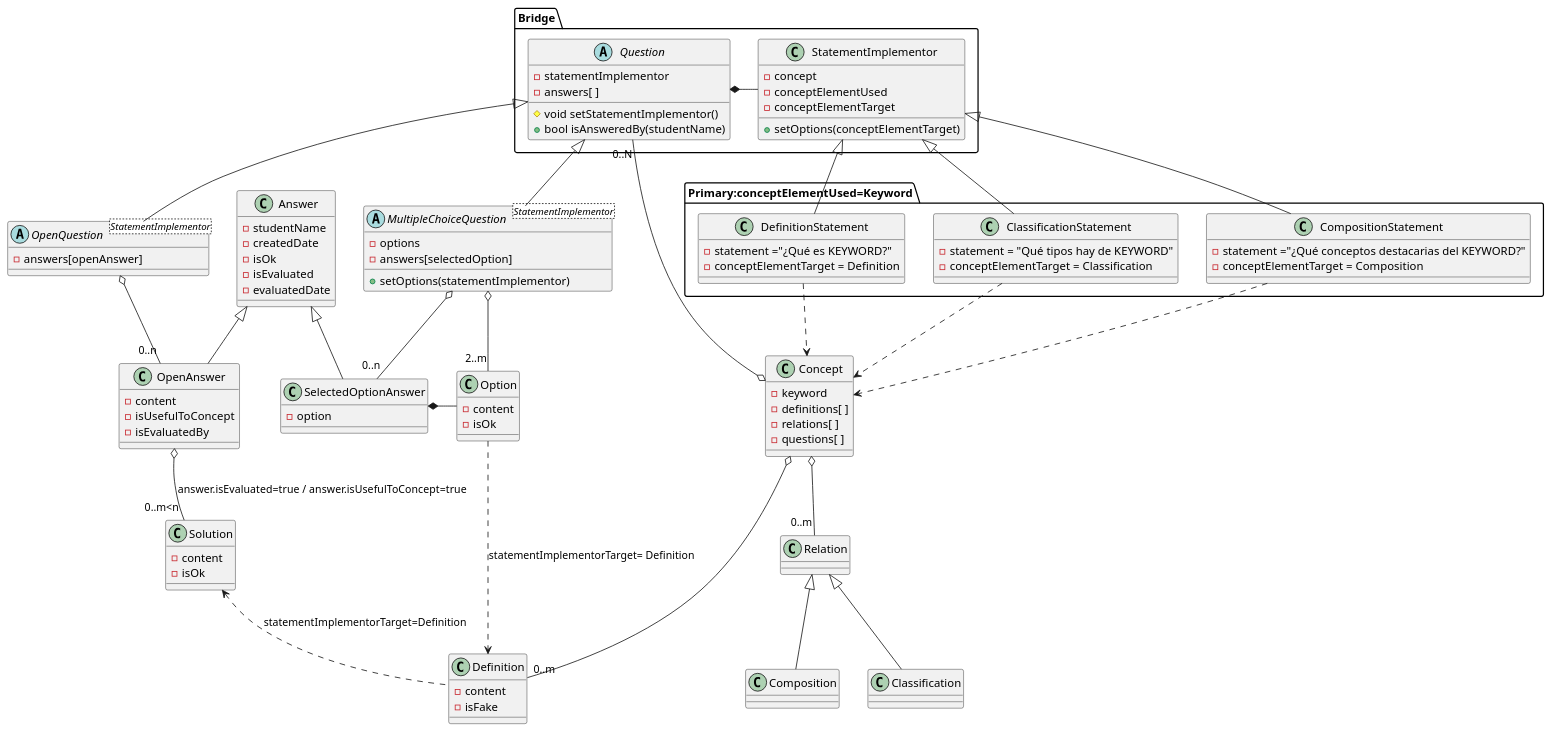
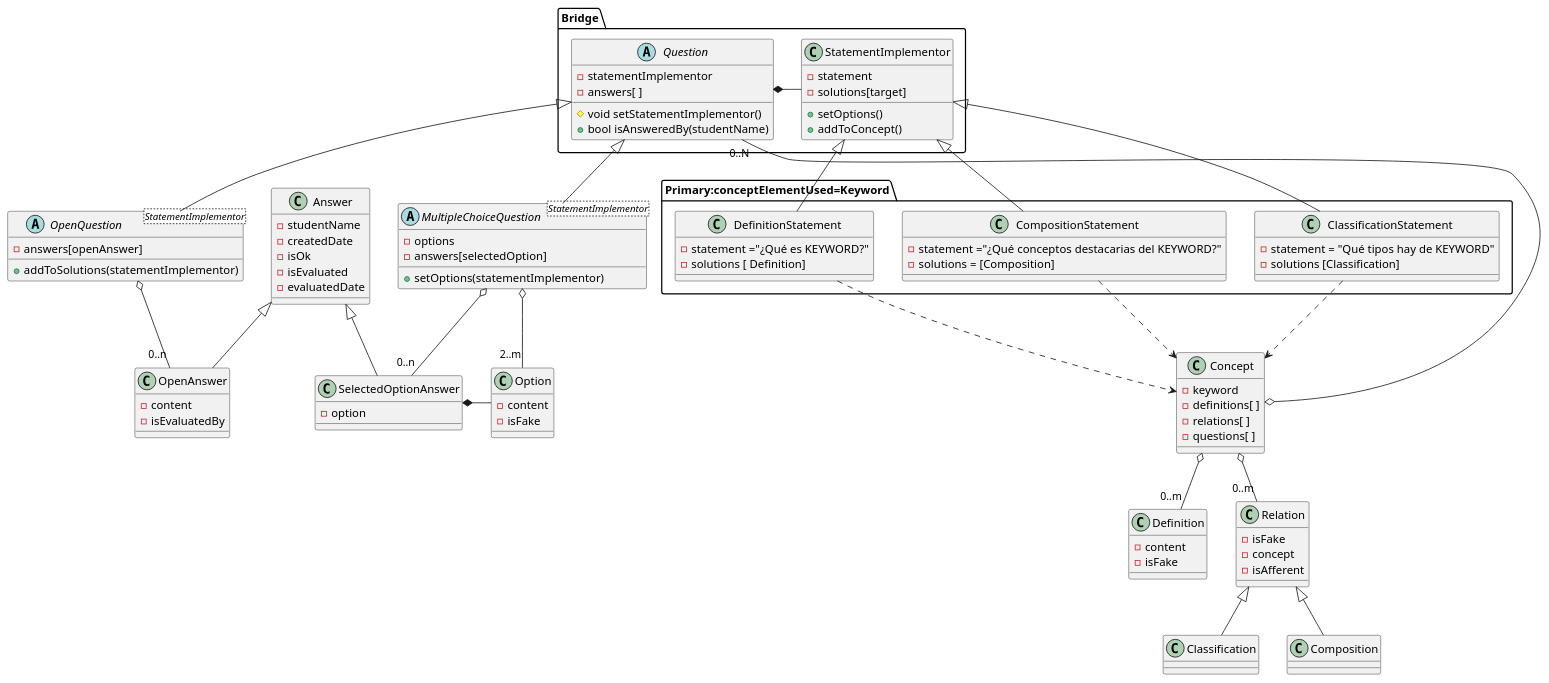
Before and after one commit to Joselon/ProyectoOpoTest: the diagram in doc/dominio_detail_bridgeStatement.puml, drawn with PlantUML. The commit also changed 3 other files, not shown here.

```diff
--- a/doc/dominio_detail_bridgeStatement.puml
+++ b/doc/dominio_detail_bridgeStatement.puml
@@ -1,126 +1,119 @@
 @startuml ConceptDomainDetailBridge
 
 class Concept {
     - keyword
     - definitions[ ]
     - relations[ ]
     - questions[ ]
 }
 
 class Definition {
     - content
     - isFake
 }
 
-class Relation
+class Relation {
+    - isFake
+    - concept
+    - isAfferent
+}
 
 class Classification
 
 class Composition
 
 package Primary:conceptElementUsed=Keyword {
     class DefinitionStatement {
         - statement ="¿Qué es KEYWORD?"
-        - conceptElementTarget = Definition
+        - solutions [ Definition]
     }
 
     class ClassificationStatement {
         - statement = "Qué tipos hay de KEYWORD"
-        - conceptElementTarget = Classification
+        - solutions [Classification]
     }
 
     class CompositionStatement {
         - statement ="¿Qué conceptos destacarias del KEYWORD?"
-        - conceptElementTarget = Composition
+        - solutions = [Composition]
     }
 }
 
 abstract class OpenQuestion<StatementImplementor>{
     -answers[openAnswer]
+    + addToSolutions(statementImplementor)
 }
 
 class OpenAnswer {
     - content
-    - isUsefulToConcept
     - isEvaluatedBy
 }
 
-class Solution {
-    - content
-    - isOk
-}
 abstract class MultipleChoiceQuestion<StatementImplementor>{
     - options
     - answers[selectedOption]
     + setOptions(statementImplementor)
 }
 
 class Option {
     - content
-    - isOk
+    - isFake
 }
 
 class SelectedOptionAnswer {
     - option
 }
 
 class Answer {
     - studentName
     - createdDate
     - isOk
     - isEvaluated
     - evaluatedDate
 }
 
 package Bridge {
     abstract class Question {
         - statementImplementor
         - answers[ ]
         # void setStatementImplementor()
         + bool isAnsweredBy(studentName)
     }
 
     class StatementImplementor {
-        - concept
-        - conceptElementUsed
-        - conceptElementTarget
-        + setOptions(conceptElementTarget)
+        - statement
+        - solutions[target]
+        + setOptions()
+        + addToConcept()
     }
 
 }
 
 Question *- StatementImplementor
 Question <|-- OpenQuestion
 Question <|-- MultipleChoiceQuestion
 
 OpenQuestion o--"0..n" OpenAnswer
 MultipleChoiceQuestion o--"2..m" Option
 MultipleChoiceQuestion o--"0..n" SelectedOptionAnswer
 SelectedOptionAnswer *- Option
 Answer <|-- OpenAnswer
 Answer <|-- SelectedOptionAnswer
 
 DefinitionStatement ..> Concept
 ClassificationStatement ..> Concept
 CompositionStatement ..> Concept
 
 Concept o-- "0..N" Question
 Concept o--"0..m" Definition
 
 Concept o-- "0..m" Relation
 Relation <|-- Classification
 Relation <|-- Composition
 
-
 StatementImplementor <|-- DefinitionStatement
-OpenAnswer o--"0..m<n" Solution :answer.isEvaluated=true / answer.isUsefulToConcept=true
-Solution <.. Definition:statementImplementorTarget=Definition 
-Option ..> Definition :statementImplementorTarget= Definition
 StatementImplementor <|-- ClassificationStatement
-'OpenClassificationQuestion <.. Classification :answers
-
 StatementImplementor <|-- CompositionStatement
-'OpenCompositionQuestion <.. Composition :answers
 
 
 @enduml
```
